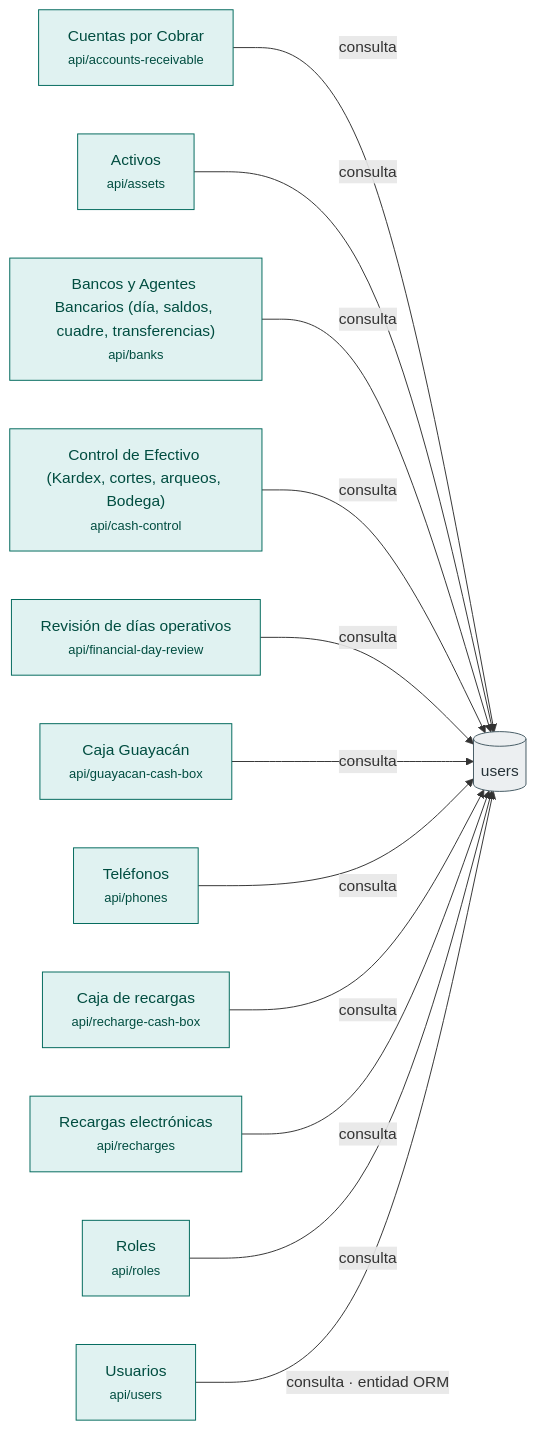
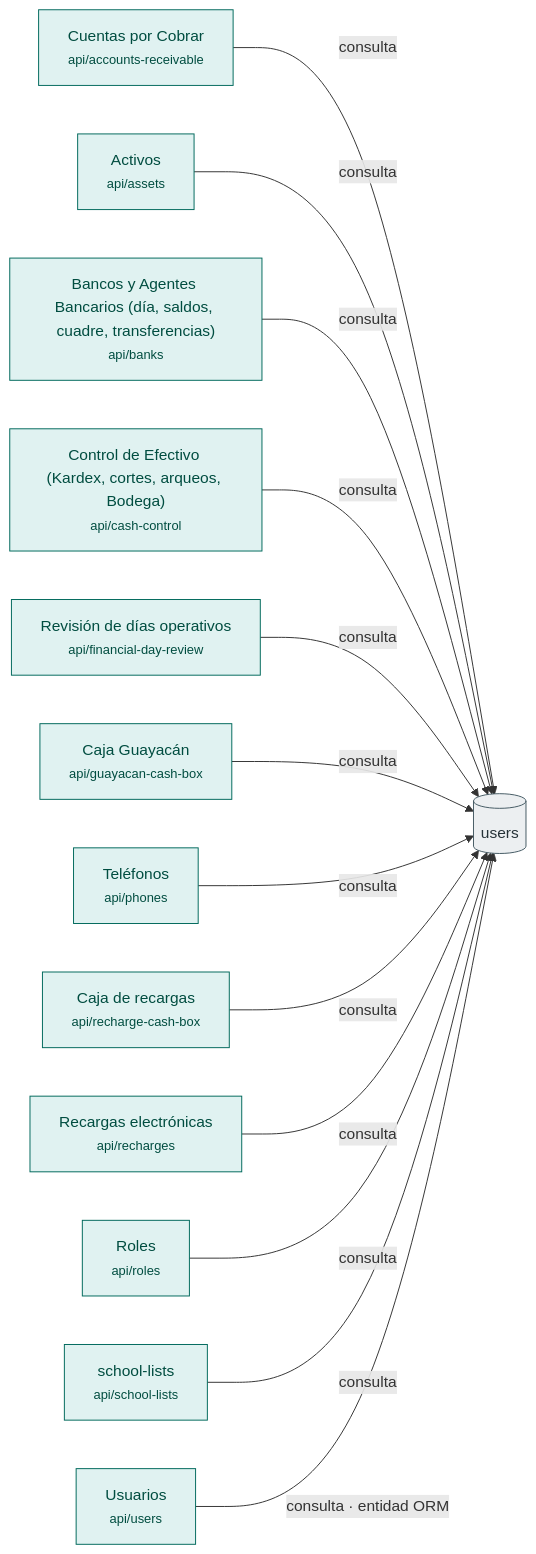
The diagram in docs/flowcharts/database/table-usage-users.md (krezoiv/Comercial-Jhoel-Api), drawn with Mermaid before and after one commit. The commit also changed 212 other files, not shown here.

Commit message:
feature school lists

````diff
--- a/docs/flowcharts/database/table-usage-users.md
+++ b/docs/flowcharts/database/table-usage-users.md
@@ -5,38 +5,40 @@
 ```mermaid
 flowchart LR
   n1[("users")]
   n2["Cuentas por Cobrar<br/><small>api/accounts-receivable</small>"]
   n3["Activos<br/><small>api/assets</small>"]
   n4["Bancos y Agentes Bancarios (día, saldos, cuadre, transferencias)<br/><small>api/banks</small>"]
   n5["Control de Efectivo (Kardex, cortes, arqueos, Bodega)<br/><small>api/cash-control</small>"]
   n6["Revisión de días operativos<br/><small>api/financial-day-review</small>"]
   n7["Caja Guayacán<br/><small>api/guayacan-cash-box</small>"]
   n8["Teléfonos<br/><small>api/phones</small>"]
   n9["Caja de recargas<br/><small>api/recharge-cash-box</small>"]
   n10["Recargas electrónicas<br/><small>api/recharges</small>"]
   n11["Roles<br/><small>api/roles</small>"]
-  n12["Usuarios<br/><small>api/users</small>"]
+  n12["school-lists<br/><small>api/school-lists</small>"]
+  n13["Usuarios<br/><small>api/users</small>"]
   n2 -->|consulta| n1
   n3 -->|consulta| n1
   n4 -->|consulta| n1
   n5 -->|consulta| n1
   n6 -->|consulta| n1
   n7 -->|consulta| n1
   n8 -->|consulta| n1
   n9 -->|consulta| n1
   n10 -->|consulta| n1
   n11 -->|consulta| n1
-  n12 -->|consulta · entidad ORM| n1
+  n12 -->|consulta| n1
+  n13 -->|consulta · entidad ORM| n1
   classDef start fill:#e8f5e9,stroke:#2e7d32,color:#1b5e20
   classDef fe fill:#e3f2fd,stroke:#1565c0,color:#0d47a1
   classDef api fill:#ede7f6,stroke:#4527a0,color:#311b92
   classDef app fill:#e0f2f1,stroke:#00695c,color:#004d40
   classDef dom fill:#fff8e1,stroke:#f9a825,color:#5d4037
   classDef infra fill:#f3e5f5,stroke:#6a1b9a,color:#4a148c
   classDef db fill:#eceff1,stroke:#455a64,color:#263238
   classDef dec fill:#fffde7,stroke:#f57f17,color:#3e2723
   classDef err fill:#ffebee,stroke:#c62828,color:#b71c1c
   classDef ok fill:#e8f5e9,stroke:#1b5e20,color:#1b5e20
   class n1 db
-  class n2,n3,n4,n5,n6,n7,n8,n9,n10,n11,n12 app
+  class n2,n3,n4,n5,n6,n7,n8,n9,n10,n11,n12,n13 app
 ```
````
